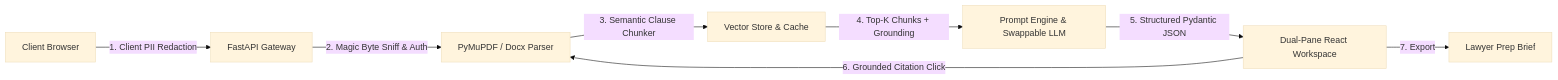
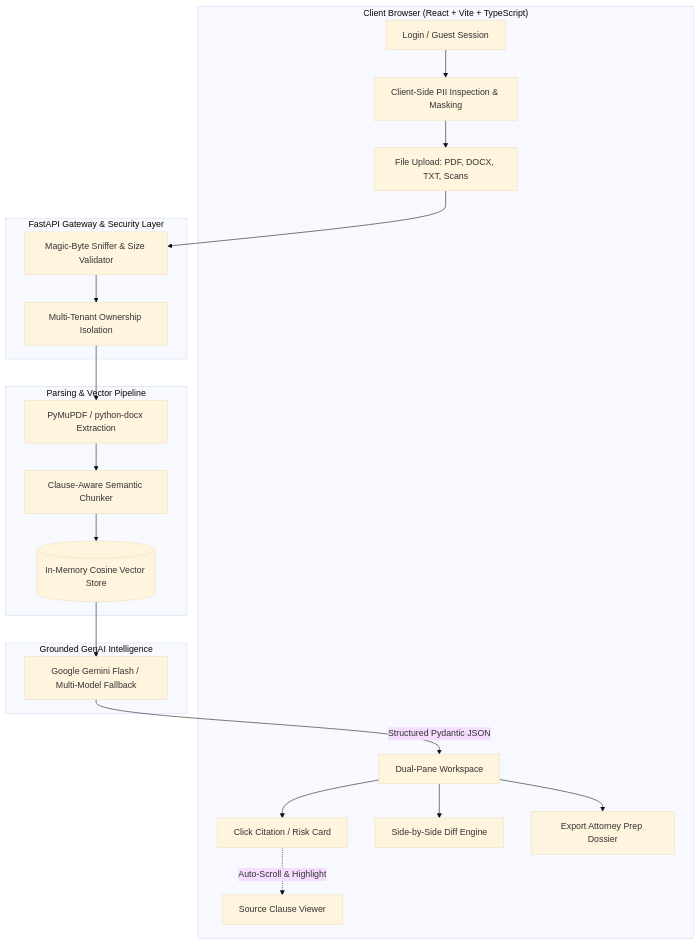
The diagram in README.md (rajukanna/LegalEase), drawn with Mermaid (base theme) before and after one commit. The commit also changed other lines of this file, not shown here.

Commit message:
docs: update clean comprehensive README with workflow, architecture, and guides

````diff
--- a/README.md
+++ b/README.md
@@ -42,10 +31,27 @@
 ```mermaid
-graph LR
-    A[Client Browser] -->|1. Client PII Redaction| B[FastAPI Gateway]
-    B -->|2. Magic Byte Sniff & Auth| C[PyMuPDF / Docx Parser]
-    C -->|3. Semantic Clause Chunker| D[Vector Store & Cache]
-    D -->|4. Top-K Chunks + Grounding| E[Prompt Engine & Swappable LLM]
-    E -->|5. Structured Pydantic JSON| F[Dual-Pane React Workspace]
-    F -->|6. Grounded Citation Click| C
-    F -->|7. Export| G[Lawyer Prep Brief]
+flowchart TD
+    subgraph Client ["Client Browser (React + Vite + TypeScript)"]
+        A[Login / Guest Session] --> B[Client-Side PII Inspection & Masking]
+        B --> C[File Upload: PDF, DOCX, TXT, Scans]
+        J[Dual-Pane Workspace] --> K[Click Citation / Risk Card]
+        K -.->|Auto-Scroll & Highlight| L[Source Clause Viewer]
+        J --> M[Side-by-Side Diff Engine]
+        J --> N[Export Attorney Prep Dossier]
+    end
+
+    subgraph Gateway ["FastAPI Gateway & Security Layer"]
+        C --> D[Magic-Byte Sniffer & Size Validator]
+        D --> E[Multi-Tenant Ownership Isolation]
+    end
+
+    subgraph Parser ["Parsing & Vector Pipeline"]
+        E --> F[PyMuPDF / python-docx Extraction]
+        F --> G[Clause-Aware Semantic Chunker]
+        G --> H[(In-Memory Cosine Vector Store)]
+    end
+
+    subgraph Intelligence ["Grounded GenAI Intelligence"]
+        H --> I[Google Gemini Flash / Multi-Model Fallback]
+        I -->|Structured Pydantic JSON| J
+    end
 ```
````
